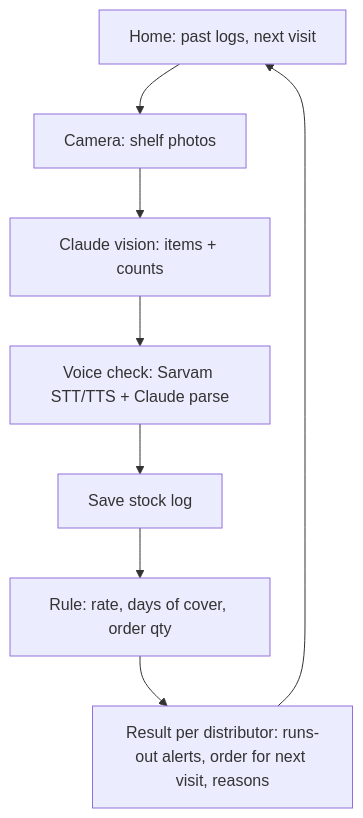
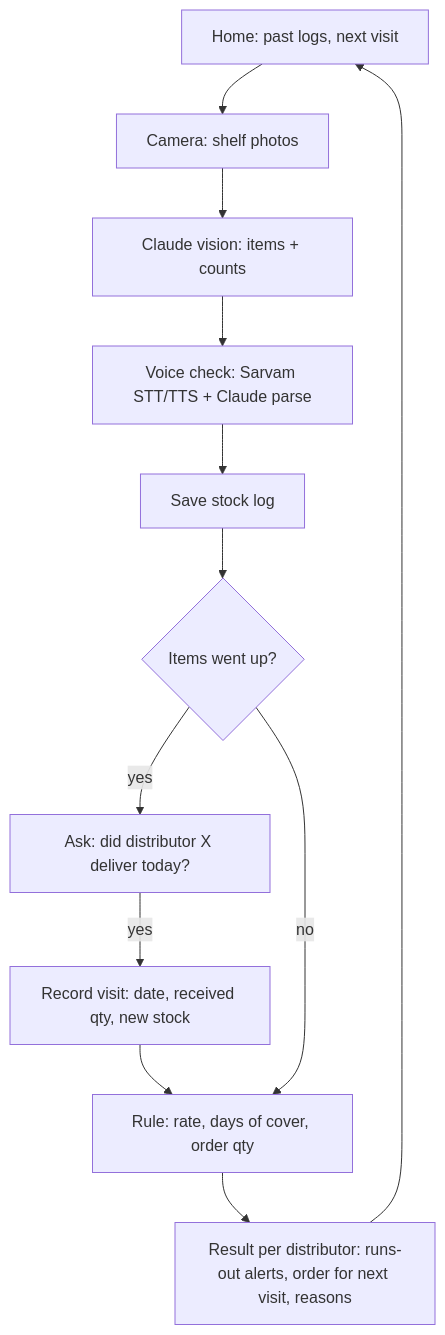
One commit to Alafazam/kiranaQ changed the diagram in specs/2026-11-22-kiranaq-stock-log/spec.md. Above: the diagram before and after it, drawn with Mermaid. The commit also changed other lines of this file and 1 other file, not shown here.

Commit message:
docs(spec): detect distributor visits from restock photo

````diff
--- a/specs/2026-11-22-kiranaq-stock-log/spec.md
+++ b/specs/2026-11-22-kiranaq-stock-log/spec.md
@@ -28,10 +29,14 @@
 ```mermaid
 flowchart TD
   H[Home: past logs, next visit] --> P[Camera: shelf photos]
   P --> V[Claude vision: items + counts]
   V --> C[Voice check: Sarvam STT/TTS + Claude parse]
   C --> S[Save stock log]
-  S --> R[Rule: rate, days of cover, order qty]
+  S --> D{Items went up?}
+  D -- yes --> Q[Ask: did distributor X deliver today?]
+  Q -- yes --> W[Record visit: date, received qty, new stock]
+  W --> R
+  D -- no --> R[Rule: rate, days of cover, order qty]
   R --> O[Result per distributor: runs-out alerts, order for next visit, reasons]
   O --> H
 ```
````
